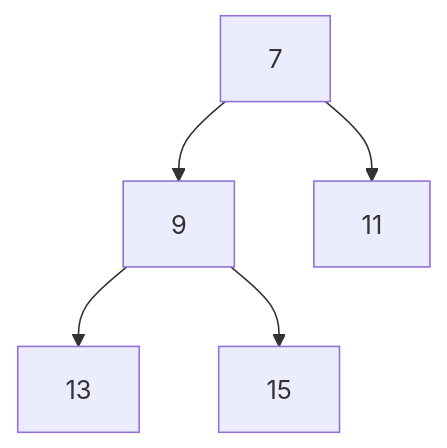
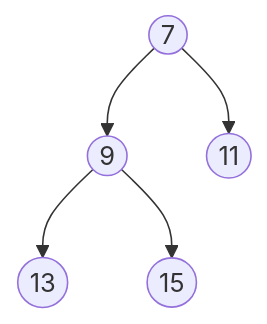
The third of 15 diagrams in cst/6binnode/Ex6a2binnode.md (3strategy/BeautifulMivney), drawn with Mermaid before and after one commit. The commit also changed other lines of this file and 3 other files, not shown here.

````diff
--- a/cst/6binnode/Ex6a2binnode.md
+++ b/cst/6binnode/Ex6a2binnode.md
@@ -50,7 +50,7 @@
     ```mermaid
     flowchart TB
-      A[7] --> B[9]
-      A --> C[11]:::leaf
-      B --> D[13]:::leaf
-      B --> E[15]:::leaf
+      A((7)) --> B((9))
+      A --> C((11)):::leaf
+      B --> D((13)):::leaf
+      B --> E((15)):::leaf
     ```
````
